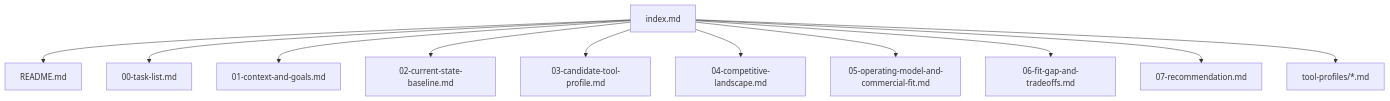
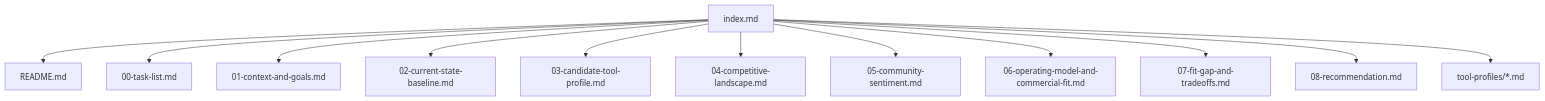
Before and after one commit to svenmalvik/tool_researcher: the diagram in .agents/skills/tool-research-publishing/assets/index-template.md, drawn with Mermaid. The commit also changed other lines of this file and 14 other files, not shown here.

````diff
--- a/.agents/skills/tool-research-publishing/assets/index-template.md
+++ b/.agents/skills/tool-research-publishing/assets/index-template.md
@@ -37,13 +38,14 @@
 ```mermaid
 flowchart TD
     A[index.md] --> B[README.md]
     A --> B1[00-task-list.md]
     A --> C[01-context-and-goals.md]
     A --> D[02-current-state-baseline.md]
     A --> E[03-candidate-tool-profile.md]
     A --> F[04-competitive-landscape.md]
-    A --> G[05-operating-model-and-commercial-fit.md]
-    A --> H[06-fit-gap-and-tradeoffs.md]
-    A --> I[07-recommendation.md]
-    A --> J[tool-profiles/*.md]
+    A --> G[05-community-sentiment.md]
+    A --> H[06-operating-model-and-commercial-fit.md]
+    A --> I[07-fit-gap-and-tradeoffs.md]
+    A --> J[08-recommendation.md]
+    A --> K[tool-profiles/*.md]
 ```
````
